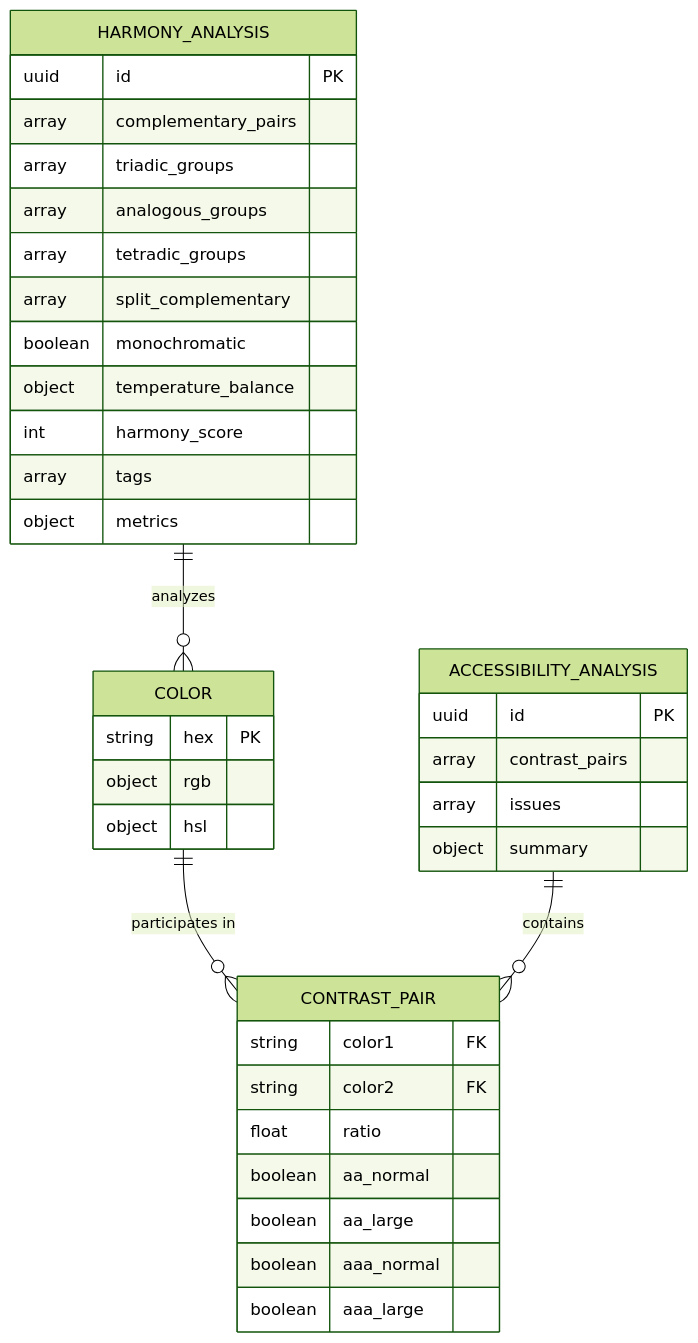
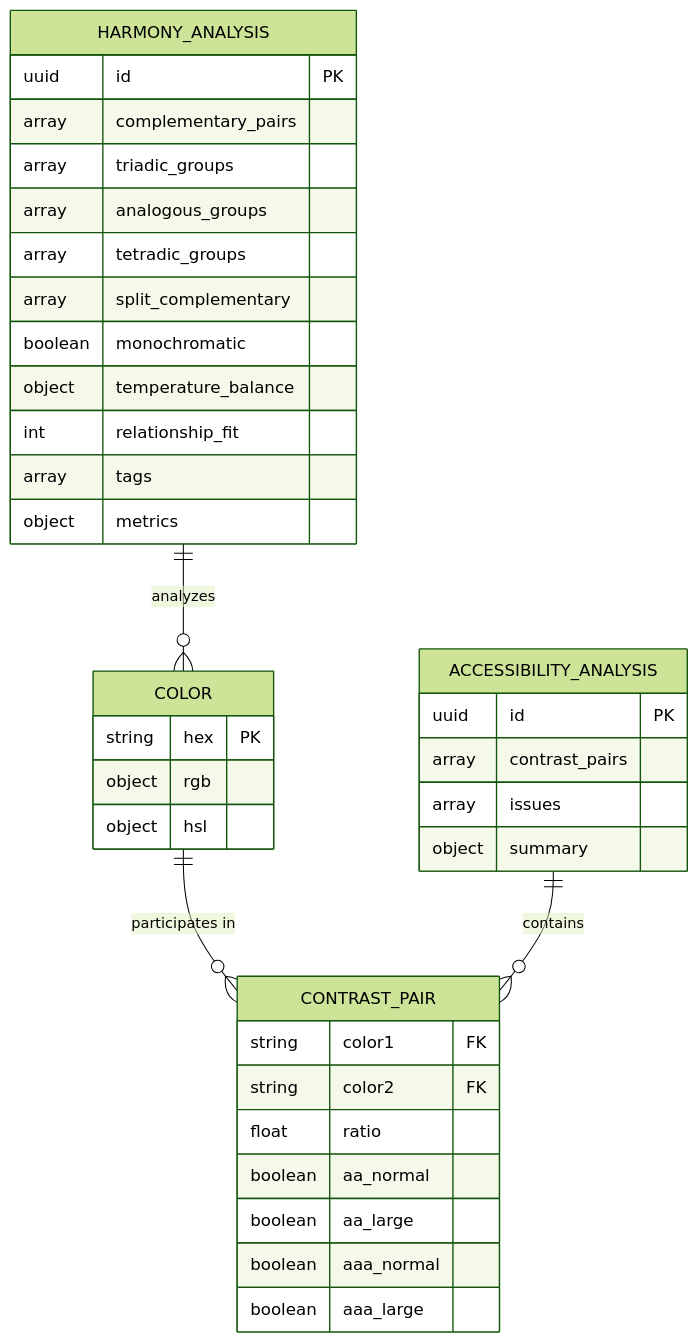
Before and after one commit to Artsen/ColorCraft: the seventh of 7 diagrams in README.md, drawn with Mermaid (forest theme). The commit also changed other lines of this file and 22 other files, not shown here.

````diff
--- a/README.md
+++ b/README.md
@@ -1038,43 +1038,43 @@
 ```mermaid
 erDiagram
     COLOR {
         string hex PK
         object rgb
         object hsl
     }
     
     HARMONY_ANALYSIS {
         uuid id PK
         array complementary_pairs
         array triadic_groups
         array analogous_groups
         array tetradic_groups
         array split_complementary
         boolean monochromatic
         object temperature_balance
-        int harmony_score
+        int relationship_fit
         array tags
         object metrics
     }
     
     ACCESSIBILITY_ANALYSIS {
         uuid id PK
         array contrast_pairs
         array issues
         object summary
     }
     
     CONTRAST_PAIR {
         string color1 FK
         string color2 FK
         float ratio
         boolean aa_normal
         boolean aa_large
         boolean aaa_normal
         boolean aaa_large
     }
     
     COLOR ||--o{ CONTRAST_PAIR : "participates in"
     HARMONY_ANALYSIS ||--o{ COLOR : "analyzes"
     ACCESSIBILITY_ANALYSIS ||--o{ CONTRAST_PAIR : "contains"
 ```
````
